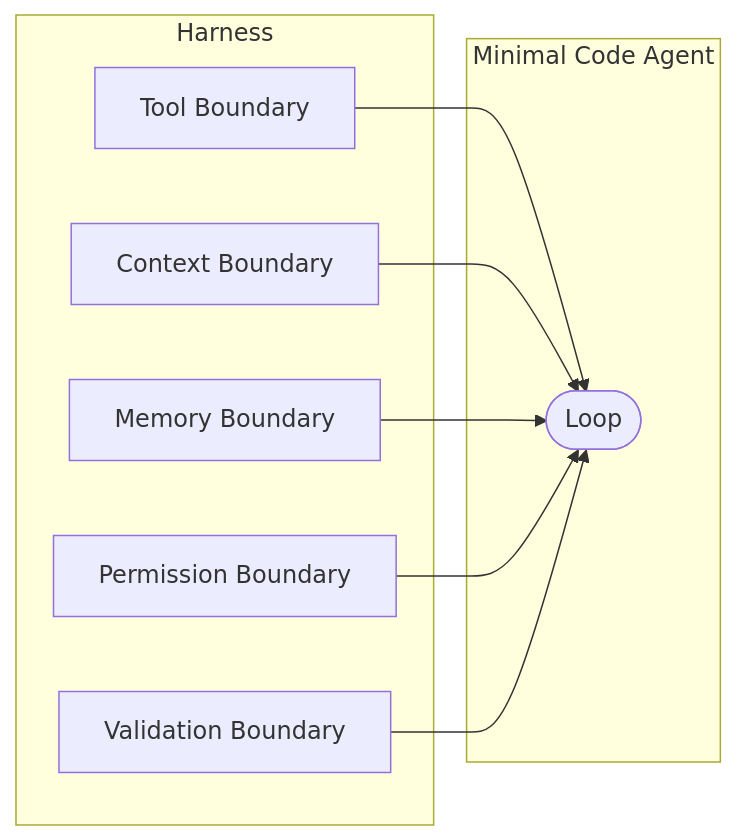
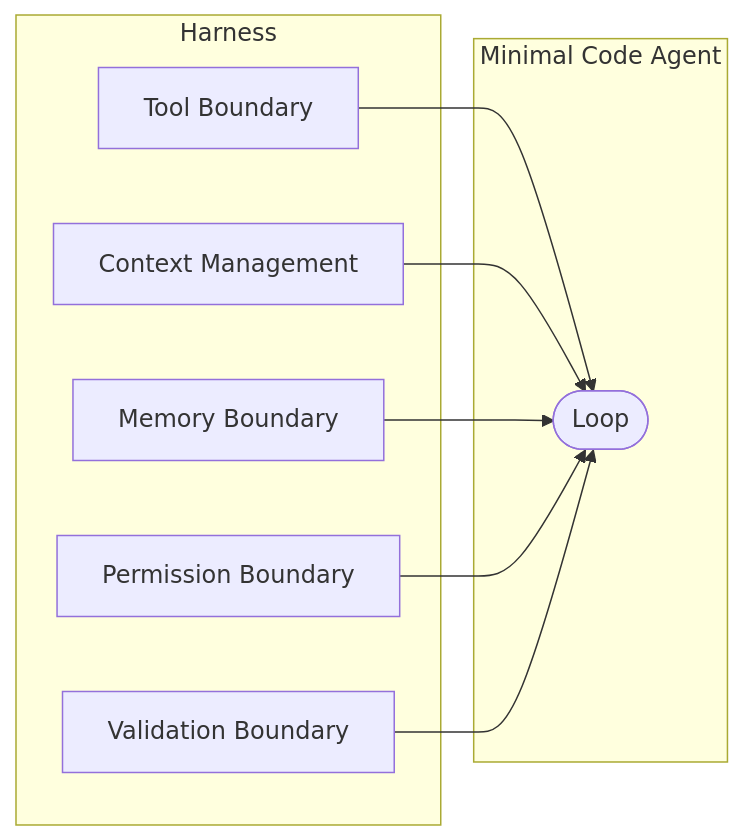
Before and after one commit to xixiaofinland/blog: the third of 3 diagrams in src/ai-minimal-agent.md, drawn with Mermaid. The commit also changed other lines of this file, not shown here.

Commit message:
docs: rename Milestone 4 to Context Boundary for consistency

````diff
--- a/src/ai-minimal-agent.md
+++ b/src/ai-minimal-agent.md
@@ -464,14 +464,14 @@
 ```mermaid
 flowchart LR
     subgraph Minimal["Minimal Code Agent"]
         L([Loop])
     end
 
     subgraph Harness["Harness"]
         TB[Tool Boundary] --> L
-        CB[Context Boundary] --> L
+        CB[Context Management] --> L
         MB[Memory Boundary] --> L
         PB[Permission Boundary] --> L
         VB[Validation Boundary] --> L
     end
 ```
````
